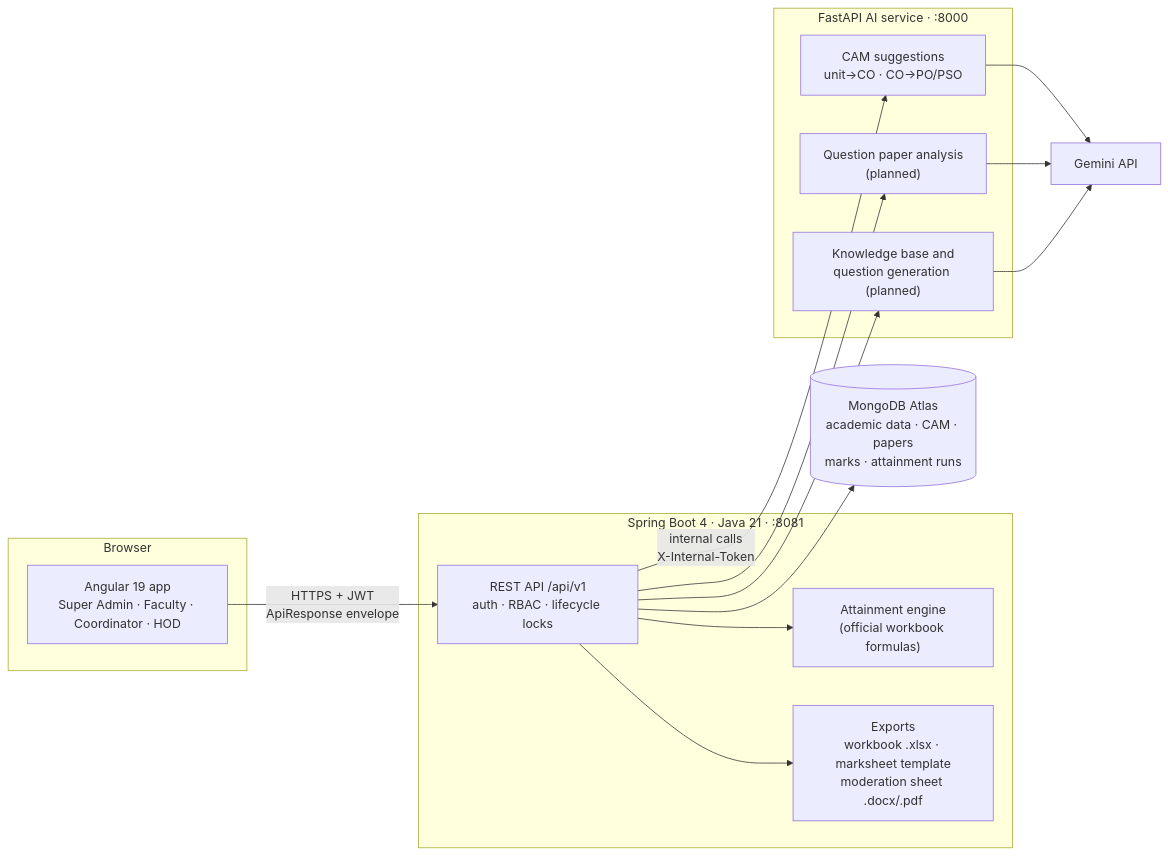
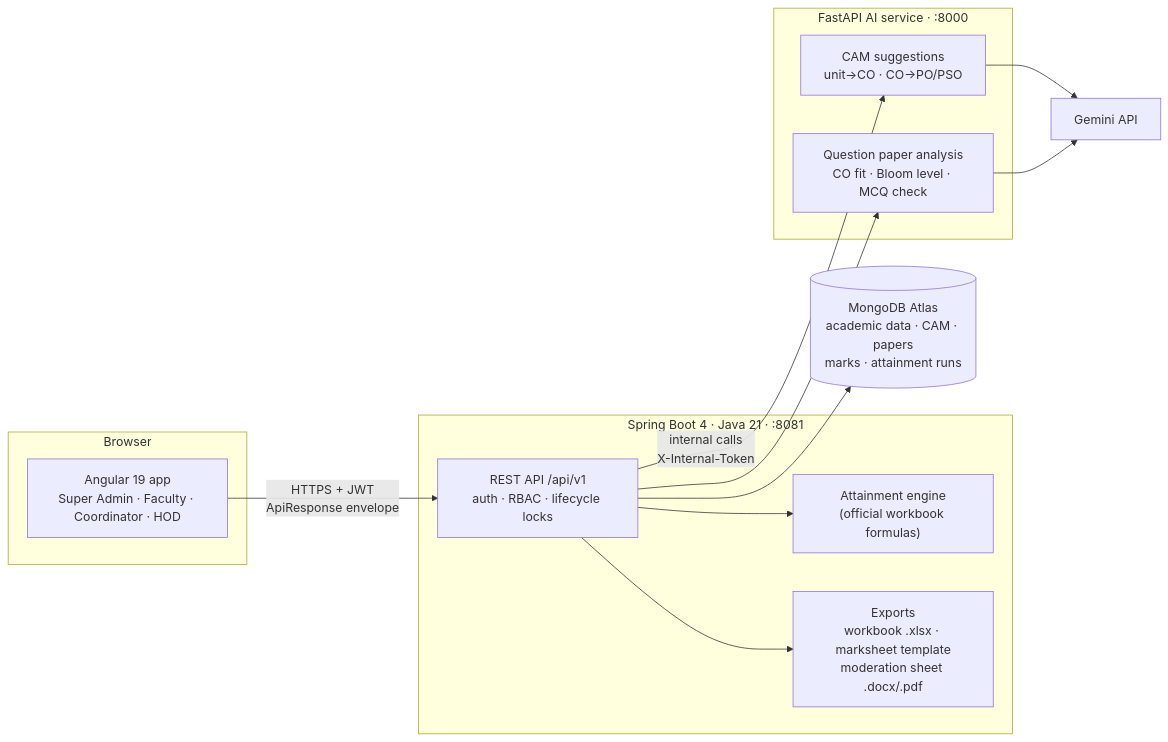
One commit to ROAHN-B/Automated-CO-PO-Attainment-engine changed the first of 3 diagrams in README.md. Above: the diagram before and after it, drawn with Mermaid. The commit also changed other lines of this file and 109 other files, not shown here.

````diff
--- a/README.md
+++ b/README.md
@@ -65,32 +66,29 @@
 ```mermaid
 flowchart LR
     subgraph Browser
         FE["Angular 19 app<br/>Super Admin · Faculty · Coordinator · HOD"]
     end
 
     subgraph Backend["Spring Boot 4 · Java 21 · :8081"]
         API["REST API /api/v1<br/>auth · RBAC · lifecycle locks"]
         ENG["Attainment engine<br/>(official workbook formulas)"]
         EXP["Exports<br/>workbook .xlsx · marksheet template<br/>moderation sheet .docx/.pdf"]
     end
 
     subgraph AI["FastAPI AI service · :8000"]
         CAMAI["CAM suggestions<br/>unit→CO · CO→PO/PSO"]
-        QPAI["Question paper analysis<br/>(planned)"]
-        KB["Knowledge base and<br/>question generation (planned)"]
+        QPAI["Question paper analysis<br/>CO fit · Bloom level · MCQ check"]
     end
 
     DB[("MongoDB Atlas<br/>academic data · CAM · papers<br/>marks · attainment runs")]
     LLM["Gemini API"]
 
     FE -->|"HTTPS + JWT<br/>ApiResponse envelope"| API
     API --> ENG
     API --> EXP
     API -->|"internal calls<br/>X-Internal-Token"| CAMAI
     API --> QPAI
-    API --> KB
     API --> DB
     CAMAI --> LLM
     QPAI --> LLM
-    KB --> LLM
 ```
````
